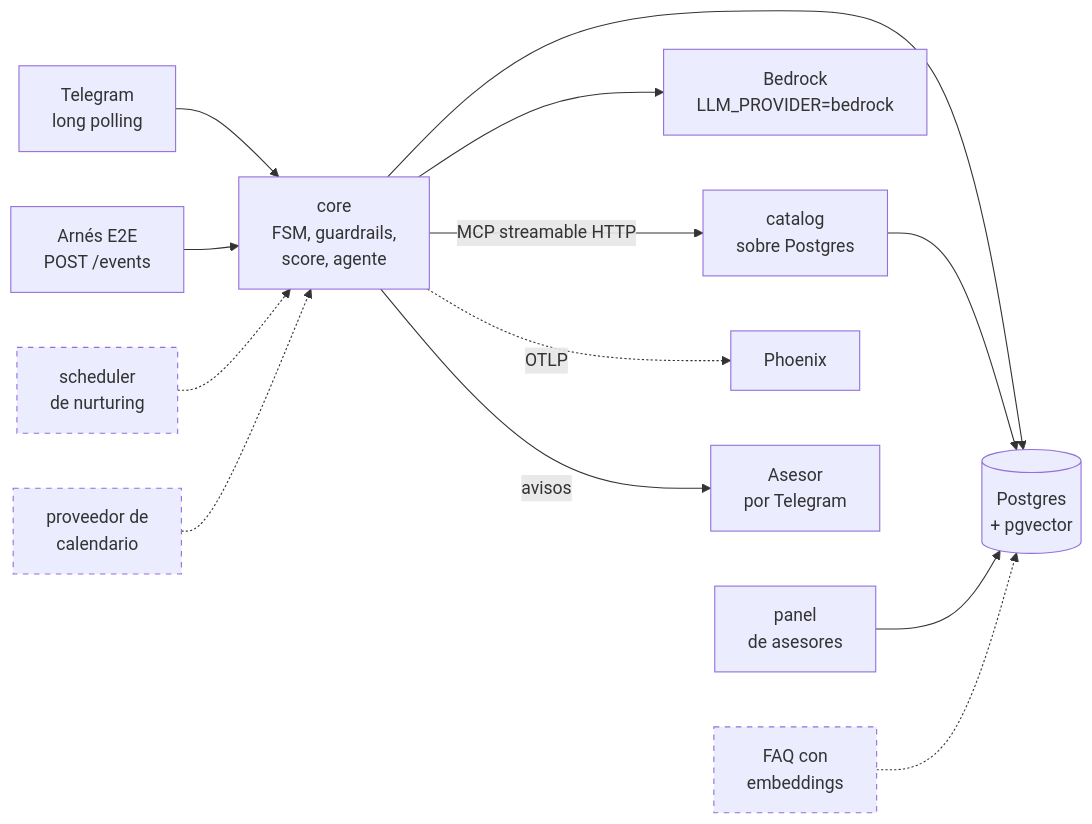
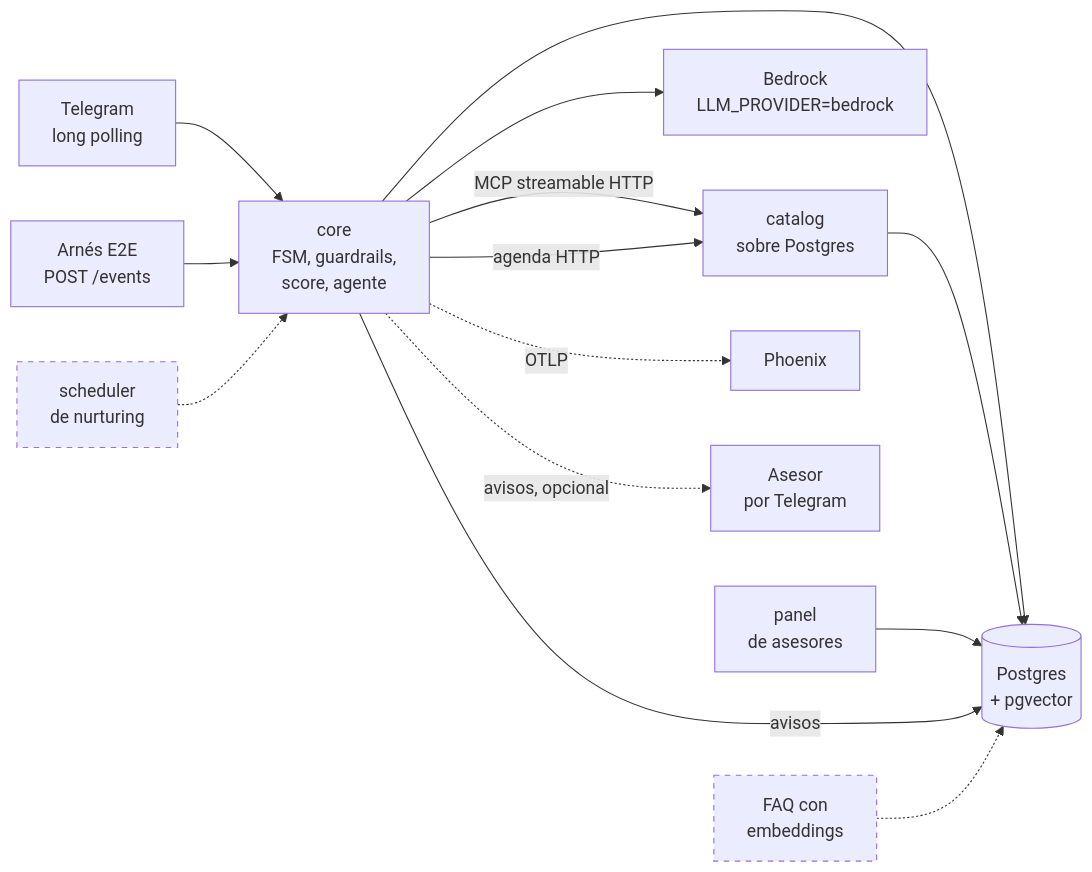
The second of 2 diagrams in docs/DESIGN/design.md (softserve-leads-inmobiliaria/SoftServe-Agente-Lead-Inmobiliaro), drawn with Mermaid before and after one commit. The commit also changed other lines of this file and 2 other files, not shown here.

````diff
--- a/docs/DESIGN/design.md
+++ b/docs/DESIGN/design.md
@@ -123,16 +123,17 @@
 ```mermaid
 flowchart LR
     TG[Telegram<br/>long polling] --> CORE
     H[Arnés E2E<br/>POST /events] --> CORE
     CORE[core<br/>FSM, guardrails,<br/>score, agente] -- MCP streamable HTTP --> CAT[catalog<br/>sobre Postgres]
     CORE --> BR[Bedrock<br/>LLM_PROVIDER=bedrock]
     CORE --> PG[(Postgres<br/>+ pgvector)]
     CAT --> PG
     PANEL[panel<br/>de asesores] --> PG
     CORE -. OTLP .-> PHX[Phoenix]
-    CORE -- avisos --> ADV[Asesor<br/>por Telegram]
+    CORE -- avisos --> PG
+    CORE -. avisos, opcional .-> ADV[Asesor<br/>por Telegram]
+    CORE -- agenda HTTP --> CAT
     SCHED[scheduler<br/>de nurturing]:::nobuilt -.-> CORE
-    CAL[proveedor de<br/>calendario]:::nobuilt -.-> CORE
     FAQ[FAQ con<br/>embeddings]:::nobuilt -.-> PG
     classDef nobuilt stroke-dasharray: 5 5
 ```
````
